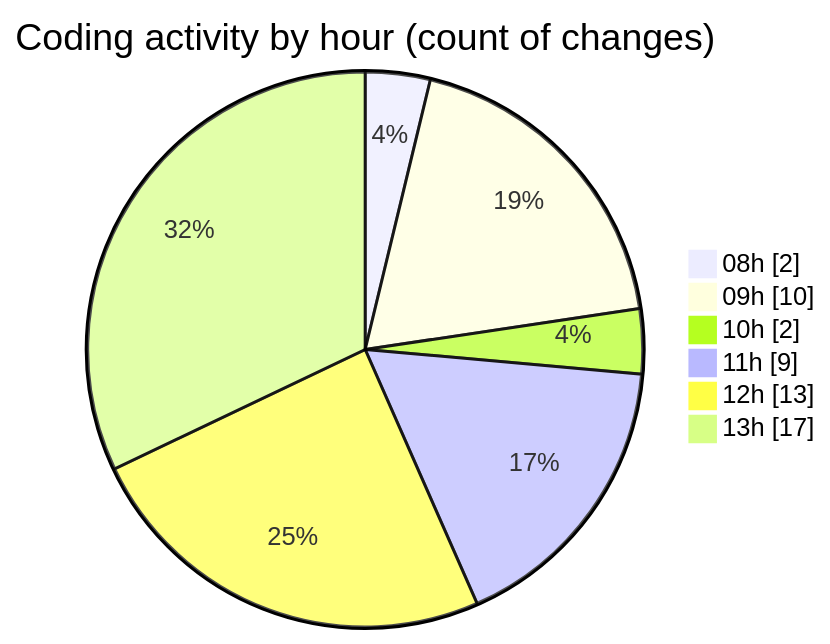
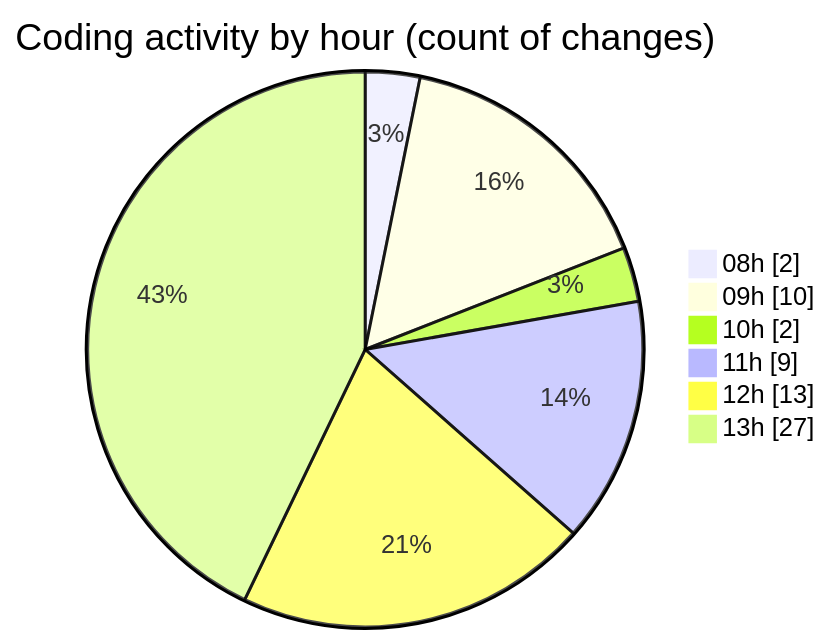
One commit to momahboobian/code-tracking changed the second of 2 diagrams in 2025-05-30/cda/README.md. Above: the diagram before and after it, drawn with Mermaid. The commit also changed other lines of this file and 1 other file, not shown here.

````diff
--- a/2025-05-30/cda/README.md
+++ b/2025-05-30/cda/README.md
@@ -38,10 +38,10 @@
 ```mermaid
 pie showData
 title Coding activity by hour (count of changes)
 "08h" : 2
 "09h" : 10
 "10h" : 2
 "11h" : 9
 "12h" : 13
-"13h" : 17
+"13h" : 27
 ```
````
